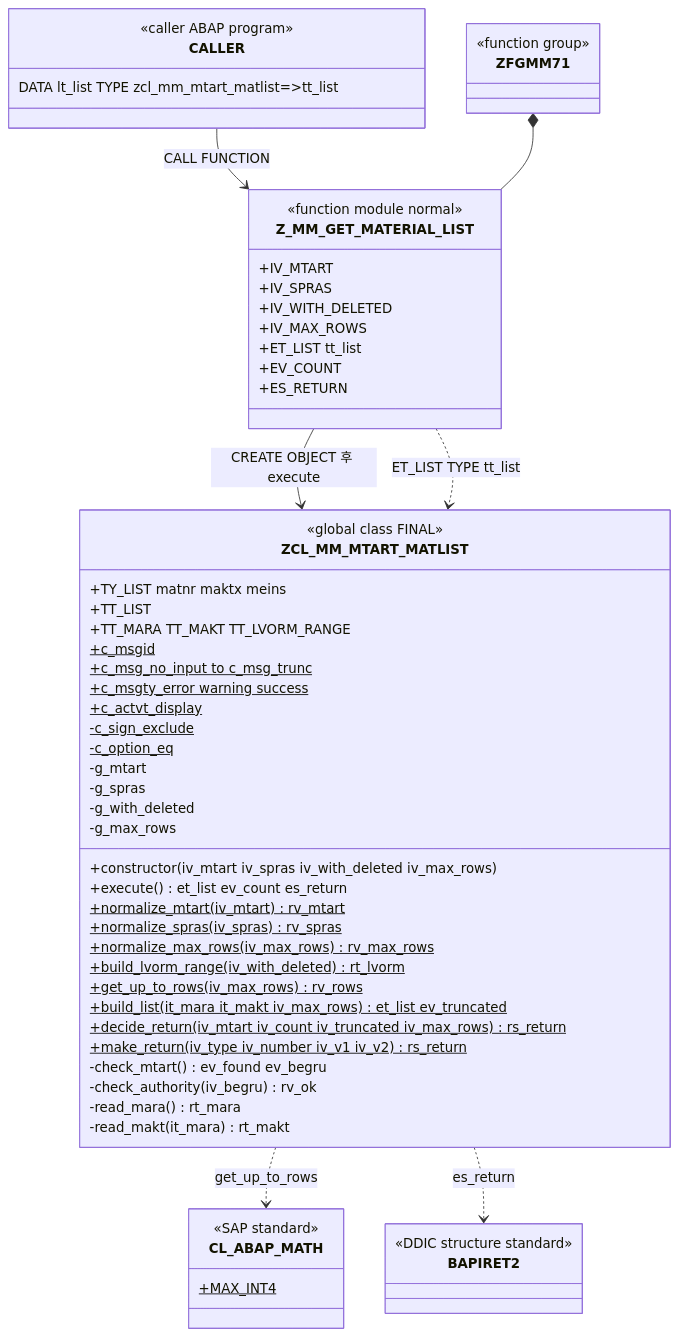
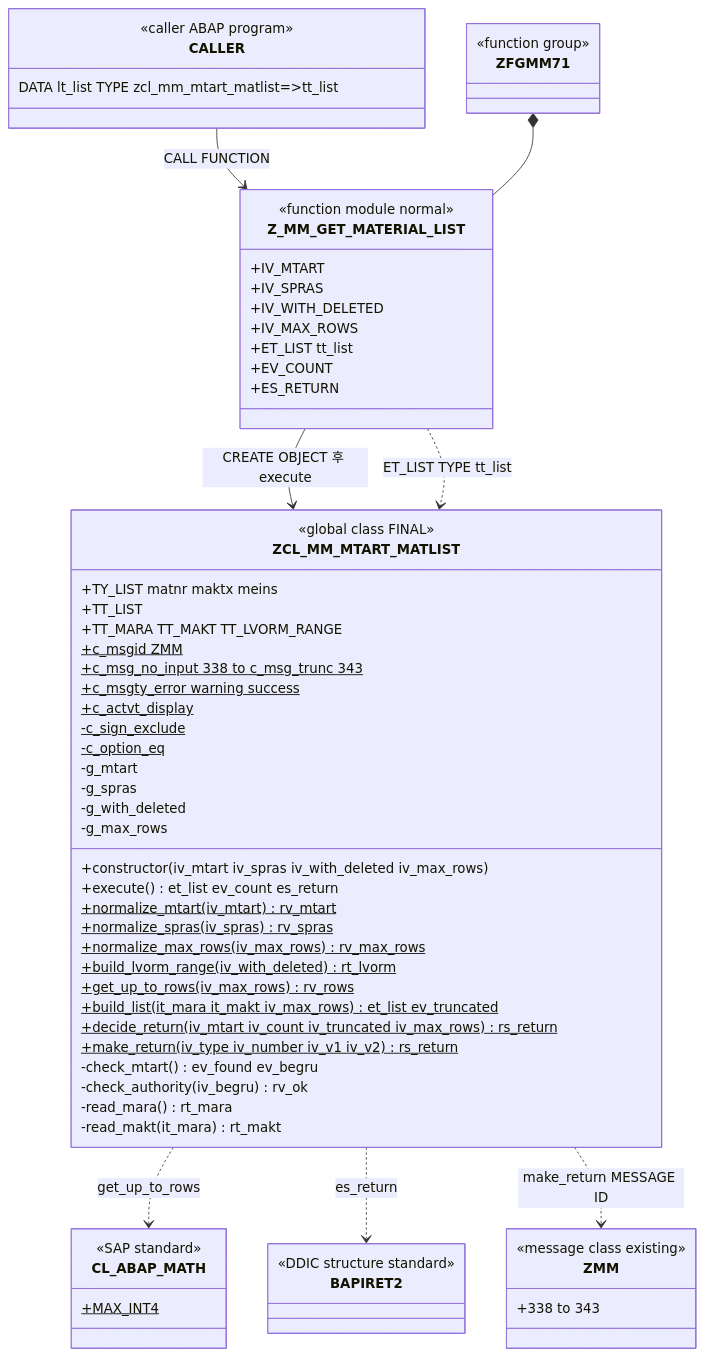
Before and after one commit to sunguphong/devsap: the first of 3 diagrams in work/20261119-f26e72/03_development.md, drawn with Mermaid. The commit also changed other lines of this file and 20 other files, not shown here.

````diff
--- a/work/20261119-f26e72/03_development.md
+++ b/work/20261119-f26e72/03_development.md
@@ -33,63 +34,68 @@
 ```mermaid
 classDiagram
   class CALLER {
     <<caller ABAP program>>
     DATA lt_list TYPE zcl_mm_mtart_matlist=>tt_list
   }
   class ZFGMM71 {
     <<function group>>
   }
   class Z_MM_GET_MATERIAL_LIST {
     <<function module normal>>
     +IV_MTART
     +IV_SPRAS
     +IV_WITH_DELETED
     +IV_MAX_ROWS
     +ET_LIST tt_list
     +EV_COUNT
     +ES_RETURN
   }
   class ZCL_MM_MTART_MATLIST {
     <<global class FINAL>>
     +TY_LIST matnr maktx meins
     +TT_LIST
     +TT_MARA TT_MAKT TT_LVORM_RANGE
-    +c_msgid$
-    +c_msg_no_input to c_msg_trunc$
+    +c_msgid ZMM$
+    +c_msg_no_input 338 to c_msg_trunc 343$
     +c_msgty_error warning success$
     +c_actvt_display$
     -c_sign_exclude$
     -c_option_eq$
     -g_mtart
     -g_spras
     -g_with_deleted
     -g_max_rows
     +constructor(iv_mtart iv_spras iv_with_deleted iv_max_rows)
     +execute() et_list ev_count es_return
     +normalize_mtart(iv_mtart)$ rv_mtart
     +normalize_spras(iv_spras)$ rv_spras
     +normalize_max_rows(iv_max_rows)$ rv_max_rows
     +build_lvorm_range(iv_with_deleted)$ rt_lvorm
     +get_up_to_rows(iv_max_rows)$ rv_rows
     +build_list(it_mara it_makt iv_max_rows)$ et_list ev_truncated
     +decide_return(iv_mtart iv_count iv_truncated iv_max_rows)$ rs_return
     +make_return(iv_type iv_number iv_v1 iv_v2)$ rs_return
     -check_mtart() ev_found ev_begru
     -check_authority(iv_begru) rv_ok
     -read_mara() rt_mara
     -read_makt(it_mara) rt_makt
   }
   class CL_ABAP_MATH {
     <<SAP standard>>
     +MAX_INT4$
   }
   class BAPIRET2 {
     <<DDIC structure standard>>
   }
+  class ZMM {
+    <<message class existing>>
+    +338 to 343
+  }
   CALLER --> Z_MM_GET_MATERIAL_LIST : CALL FUNCTION
   ZFGMM71 *-- Z_MM_GET_MATERIAL_LIST
   Z_MM_GET_MATERIAL_LIST --> ZCL_MM_MTART_MATLIST : CREATE OBJECT 후 execute
   Z_MM_GET_MATERIAL_LIST ..> ZCL_MM_MTART_MATLIST : ET_LIST TYPE tt_list
   ZCL_MM_MTART_MATLIST ..> CL_ABAP_MATH : get_up_to_rows
   ZCL_MM_MTART_MATLIST ..> BAPIRET2 : es_return
+  ZCL_MM_MTART_MATLIST ..> ZMM : make_return MESSAGE ID
 ```
````
